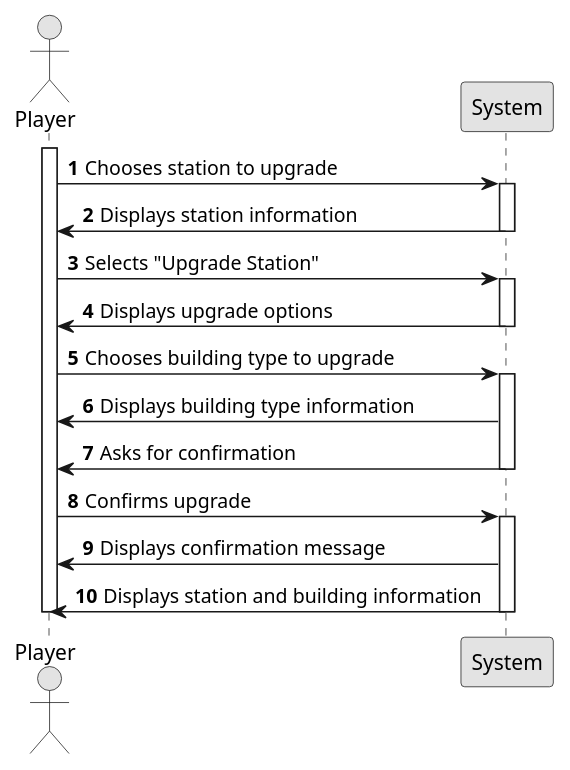
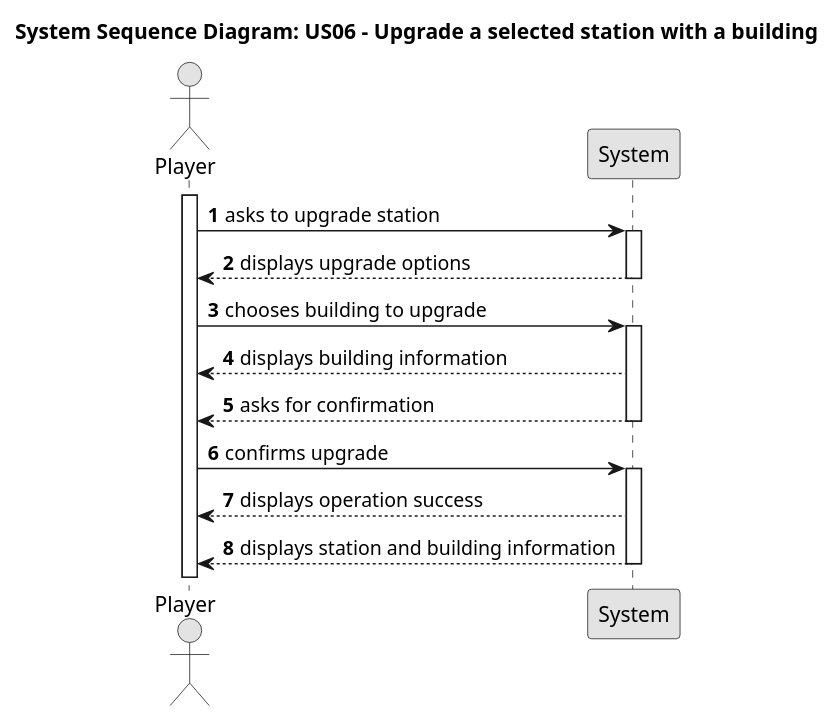
Before and after one commit to HenriqueSilva18/Railway-Network-Simulator: the diagram in docs/system-documentation/Sprint 1/US06/01.requirements-engineering/puml/US006-SSD.puml, drawn with PlantUML. The commit also changed 3 other files, not shown here.

```diff
--- a/docs/system-documentation/Sprint 1/US06/01.requirements-engineering/puml/US006-SSD.puml
+++ b/docs/system-documentation/Sprint 1/US06/01.requirements-engineering/puml/US006-SSD.puml
@@ -1,34 +1,30 @@
 @startuml
 skinparam monochrome true
 skinparam packageStyle rectangle
 skinparam shadowing false
 
 autonumber
 
+title System Sequence Diagram: US06 - Upgrade a selected station with a building
+
 actor "Player" as player
 participant "System" as system
 
 activate player
 
-    player -> system : Chooses station to upgrade
+    player -> system: asks to upgrade station
         activate system
-        system -> player: Displays station information
+        system --> player: displays upgrade options
+        deactivate system
+    player -> system: chooses building to upgrade
+        activate system
+        system --> player: displays building information
+        system --> player: asks for confirmation
+        deactivate system
+    player -> system: confirms upgrade
+        activate system
+        system --> player: displays operation success
+        system --> player: displays station and building information
         deactivate system
 
-    player -> system: Selects "Upgrade Station"
-        activate system
-        system -> player: Displays upgrade options
-        deactivate system
-    player -> system: Chooses building type to upgrade
-        activate system
-        system -> player: Displays building type information
-        system -> player: Asks for confirmation
-        deactivate system
-    player -> system: Confirms upgrade
-        activate system
-        system -> player: Displays confirmation message
-        system -> player: Displays station and building information
-        deactivate system
-
-deactivate player
 @enduml
```
